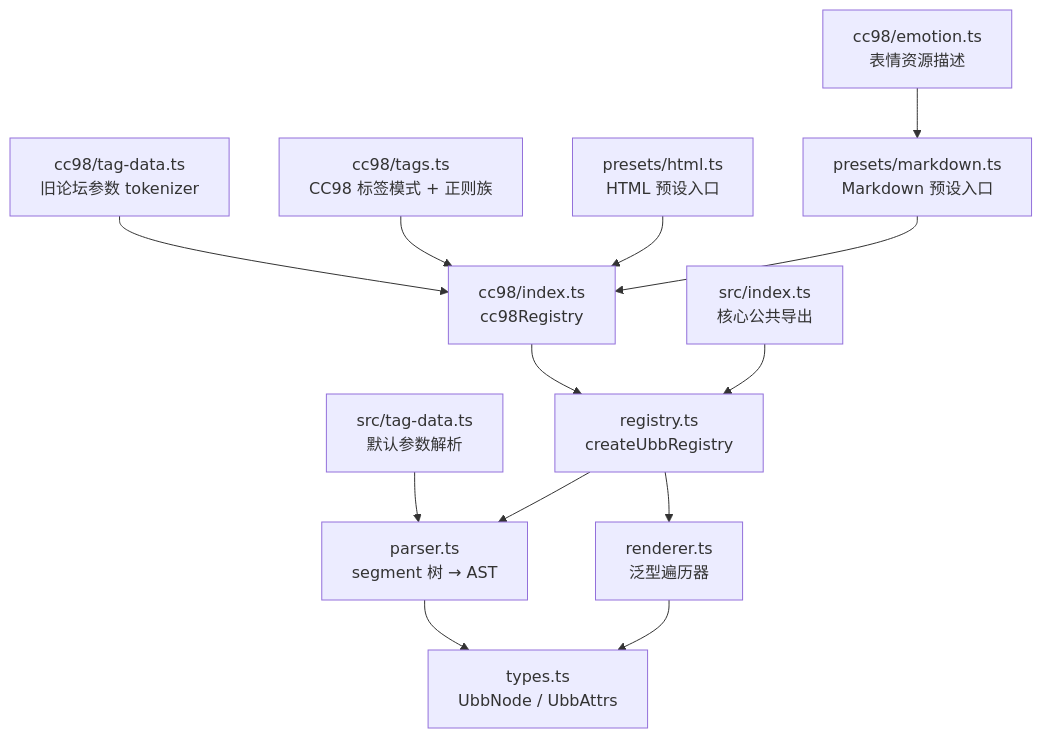
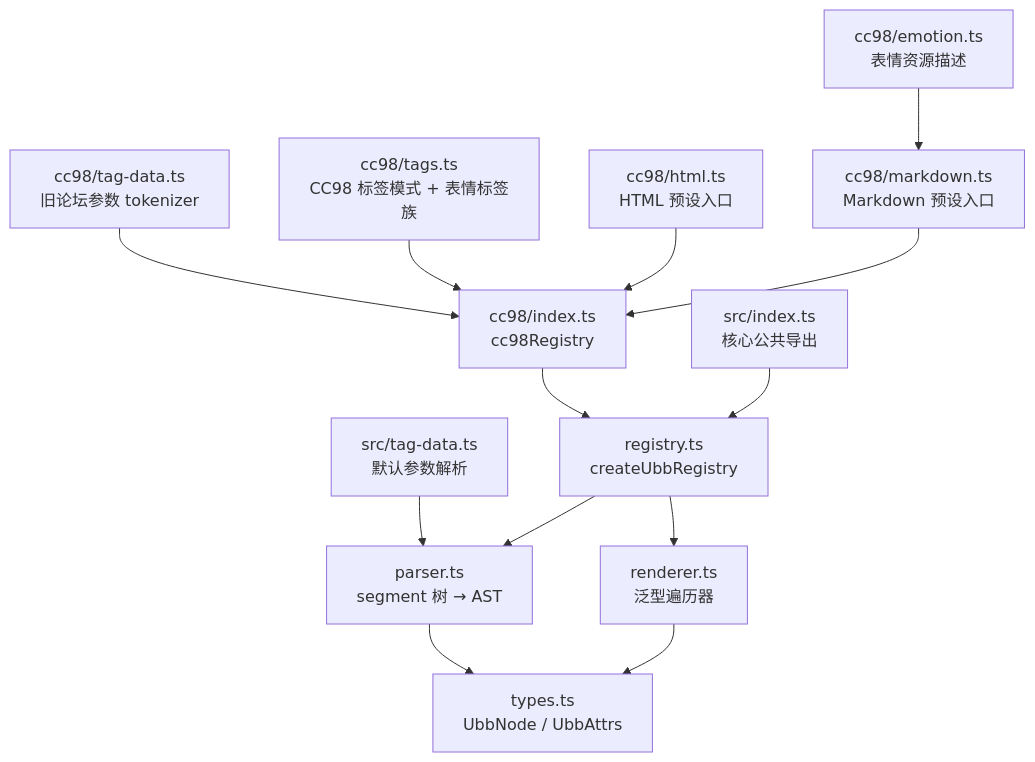
The first of 2 diagrams in packages/ubb/ARCHITECTURE.md (shellRaining/cc98), drawn with Mermaid before and after one commit. The commit also changed other lines of this file and 50 other files, not shown here.

````diff
--- a/packages/ubb/ARCHITECTURE.md
+++ b/packages/ubb/ARCHITECTURE.md
@@ -7,27 +7,27 @@
 ```mermaid
 graph TD
   types["types.ts<br/>UbbNode / UbbAttrs"]
   tagData["src/tag-data.ts<br/>默认参数解析"]
   cc98Data["cc98/tag-data.ts<br/>旧论坛参数 tokenizer"]
-  tags["cc98/tags.ts<br/>CC98 标签模式 + 正则族"]
+  tags["cc98/tags.ts<br/>CC98 标签模式 + 表情标签族"]
   parser["parser.ts<br/>segment 树 → AST"]
   registry["registry.ts<br/>createUbbRegistry"]
   renderer["renderer.ts<br/>泛型遍历器"]
   emotion["cc98/emotion.ts<br/>表情资源描述"]
-  toHtml["presets/html.ts<br/>HTML 预设入口"]
-  toMarkdown["presets/markdown.ts<br/>Markdown 预设入口"]
+  toHtml["cc98/html.ts<br/>HTML 预设入口"]
+  toMarkdown["cc98/markdown.ts<br/>Markdown 预设入口"]
   index["src/index.ts<br/>核心公共导出"]
 
   tagData --> parser
   cc98Data --> cc98["cc98/index.ts<br/>cc98Registry"]
   tags --> cc98
   cc98 --> registry
   parser --> types
   registry --> parser
   registry --> renderer
   renderer --> types
   emotion --> toMarkdown
   toHtml --> cc98
   toMarkdown --> cc98
   index --> registry
 ```
````
